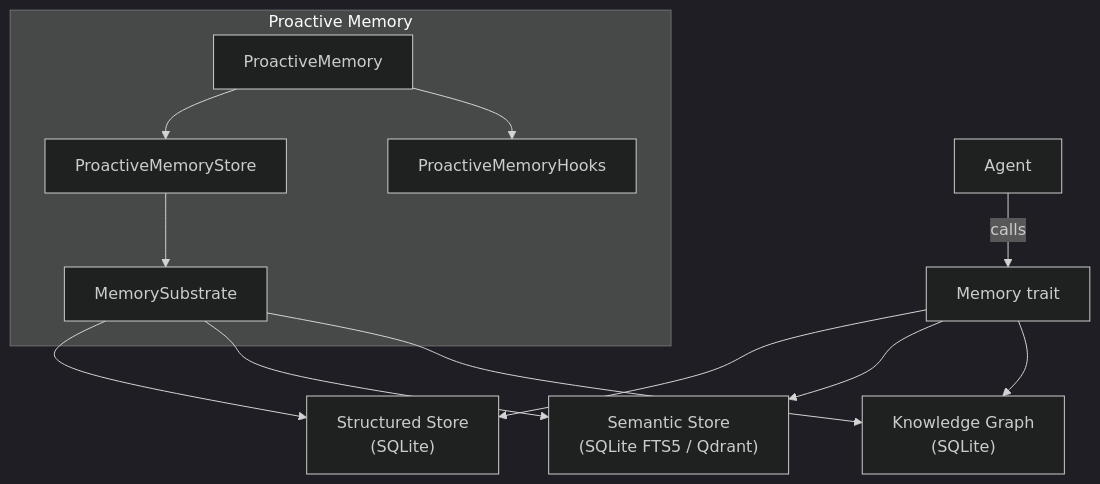
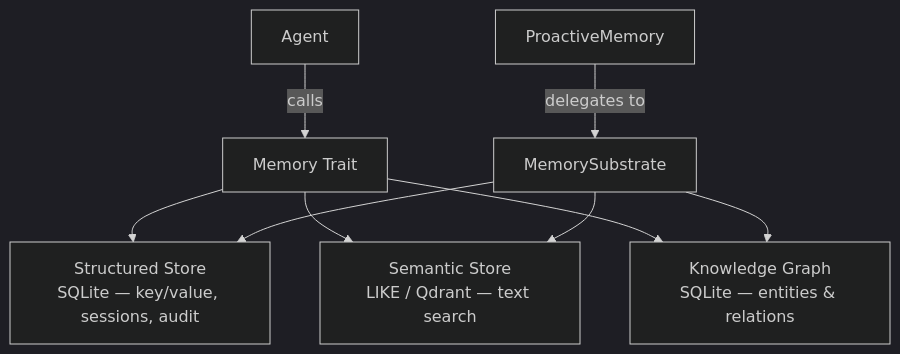
One commit to leszek3737/librefang-WIki changed the diagram in other-librefang-memory.md. Above: the diagram before and after it, drawn with Mermaid (dark theme). The commit also changed other lines of this file and 126 other files, not shown here.

````diff
--- a/other-librefang-memory.md
+++ b/other-librefang-memory.md
@@ -9,18 +9,11 @@
 ```mermaid
 graph TD
-    Agent -->|calls| MT["Memory trait"]
-    MT --> SS["Structured Store<br/>(SQLite)"]
-    MT --> SM["Semantic Store<br/>(SQLite FTS5 / Qdrant)"]
-    MT --> KG["Knowledge Graph<br/>(SQLite)"]
-
-    subgraph "Proactive Memory"
-        PM["ProactiveMemory"]
-        PM --> PMS["ProactiveMemoryStore"]
-        PM --> H["ProactiveMemoryHooks"]
-        PMS --> MS["MemorySubstrate"]
-    end
-
-    MS --> SS
+    A[Agent] -->|calls| T[Memory Trait]
+    T --> S[Structured Store<br/>SQLite — key/value, sessions, audit]
+    T --> SM[Semantic Store<br/>LIKE / Qdrant — text search]
+    T --> KG[Knowledge Graph<br/>SQLite — entities & relations]
+    P[ProactiveMemory] -->|delegates to| MS[MemorySubstrate]
+    MS --> S
     MS --> SM
     MS --> KG
 ```
````
